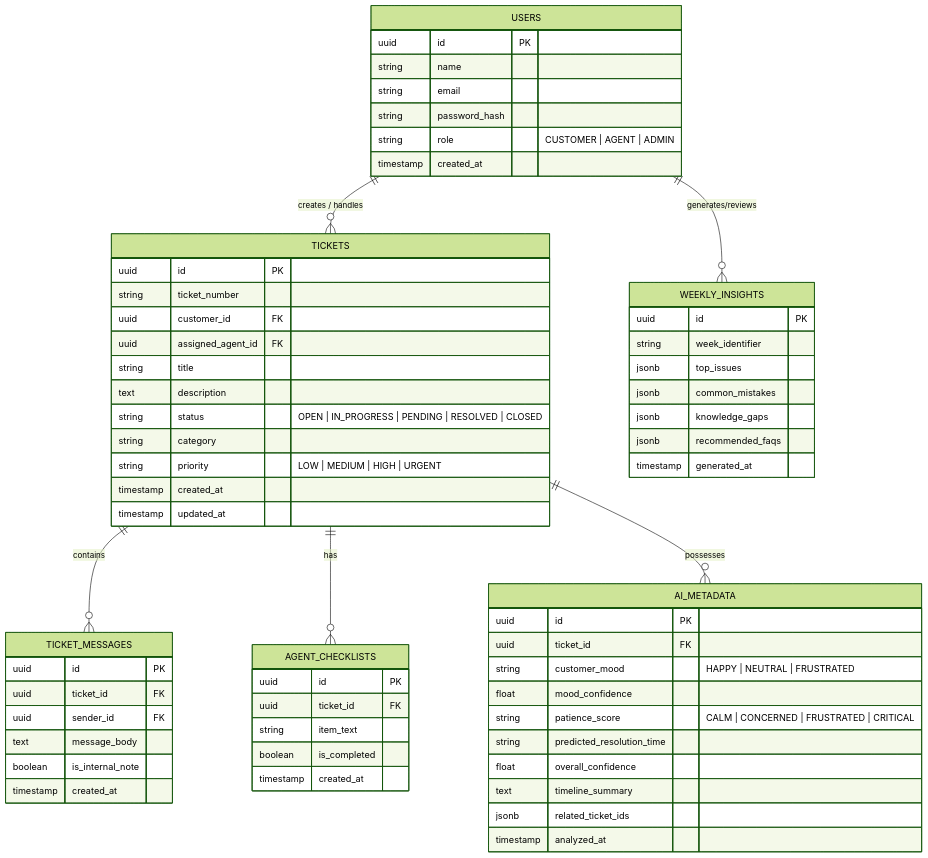
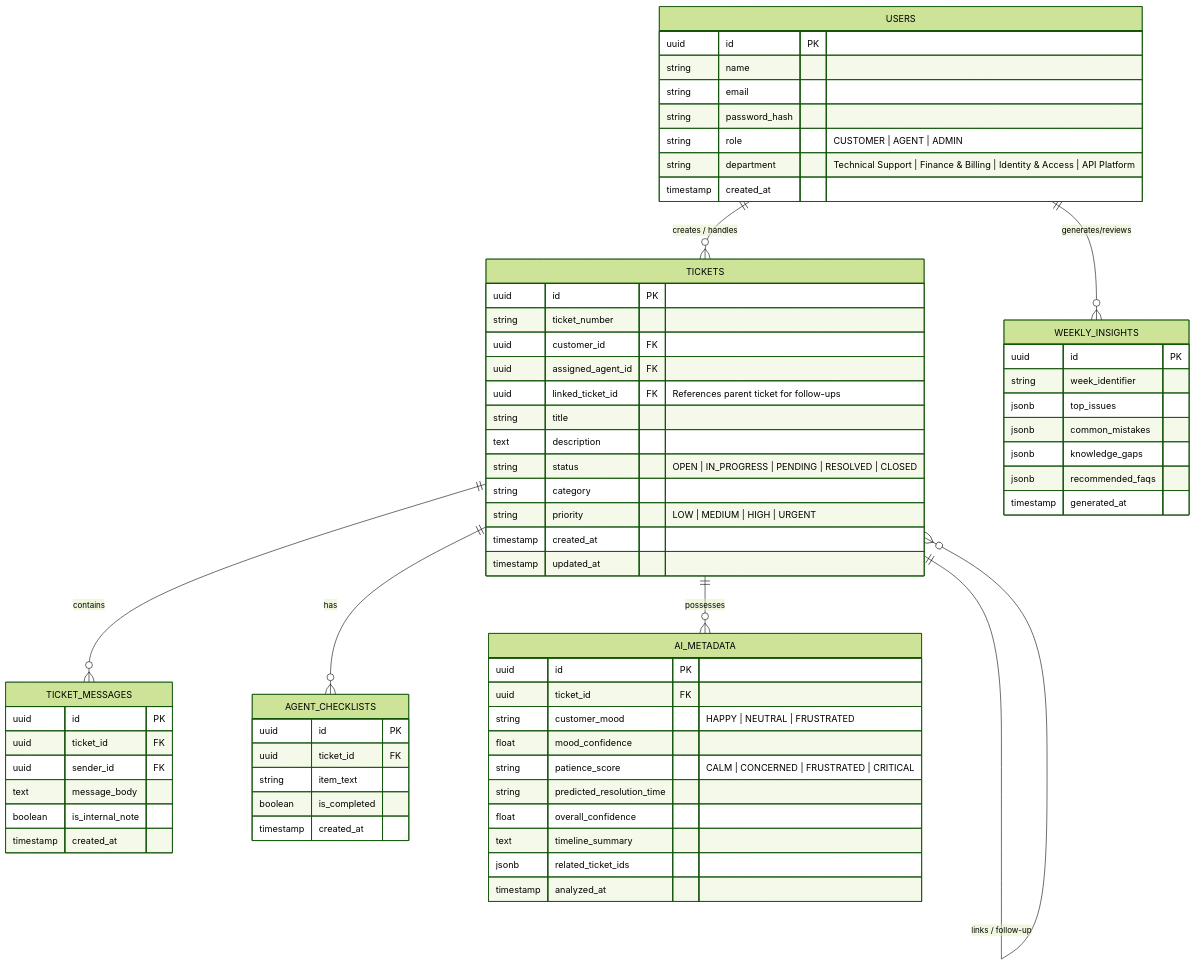
One commit to ByteLounge/SupportSenseAI changed the second of 4 diagrams in README.md. Above: the diagram before and after it, drawn with Mermaid (forest theme). The commit also changed other lines of this file and 14 other files, not shown here.

````diff
--- a/README.md
+++ b/README.md
@@ -225,71 +229,74 @@
 ```mermaid
 erDiagram
     USERS ||--o{ TICKETS : "creates / handles"
     TICKETS ||--o{ TICKET_MESSAGES : "contains"
     TICKETS ||--o{ AGENT_CHECKLISTS : "has"
     TICKETS ||--o{ AI_METADATA : "possesses"
+    TICKETS ||--o{ TICKETS : "links / follow-up"
     USERS ||--o{ WEEKLY_INSIGHTS : "generates/reviews"
 
     USERS {
         uuid id PK
         string name
         string email
         string password_hash
         string role "CUSTOMER | AGENT | ADMIN"
+        string department "Technical Support | Finance & Billing | Identity & Access | API Platform"
         timestamp created_at
     }
 
     TICKETS {
         uuid id PK
         string ticket_number
         uuid customer_id FK
         uuid assigned_agent_id FK
+        uuid linked_ticket_id FK "References parent ticket for follow-ups"
         string title
         text description
         string status "OPEN | IN_PROGRESS | PENDING | RESOLVED | CLOSED"
         string category
         string priority "LOW | MEDIUM | HIGH | URGENT"
         timestamp created_at
         timestamp updated_at
     }
 
     TICKET_MESSAGES {
         uuid id PK
         uuid ticket_id FK
         uuid sender_id FK
         text message_body
         boolean is_internal_note
         timestamp created_at
     }
 
     AI_METADATA {
         uuid id PK
         uuid ticket_id FK
         string customer_mood "HAPPY | NEUTRAL | FRUSTRATED"
         float mood_confidence
         string patience_score "CALM | CONCERNED | FRUSTRATED | CRITICAL"
         string predicted_resolution_time
         float overall_confidence
         text timeline_summary
         jsonb related_ticket_ids
         timestamp analyzed_at
     }
 
     AGENT_CHECKLISTS {
         uuid id PK
         uuid ticket_id FK
         string item_text
         boolean is_completed
         timestamp created_at
     }
 
     WEEKLY_INSIGHTS {
         uuid id PK
         string week_identifier
         jsonb top_issues
         jsonb common_mistakes
         jsonb knowledge_gaps
         jsonb recommended_faqs
         timestamp generated_at
     }
 ```
````
